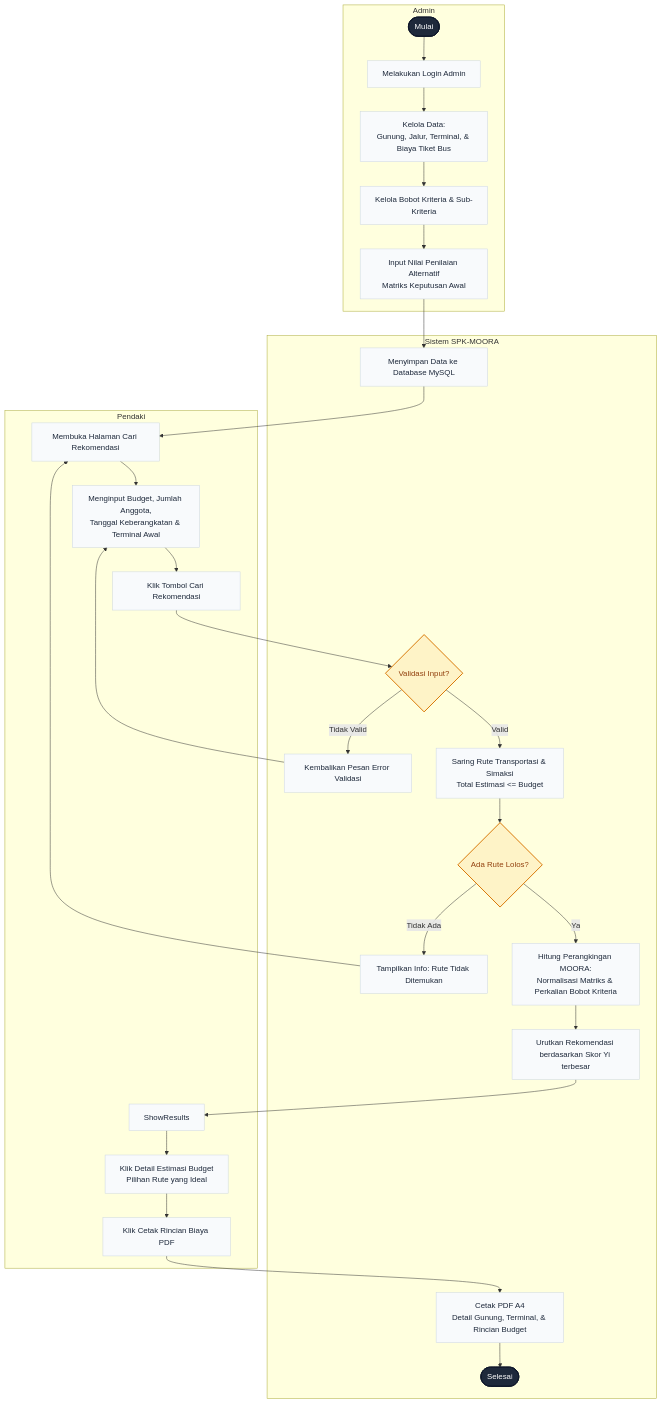
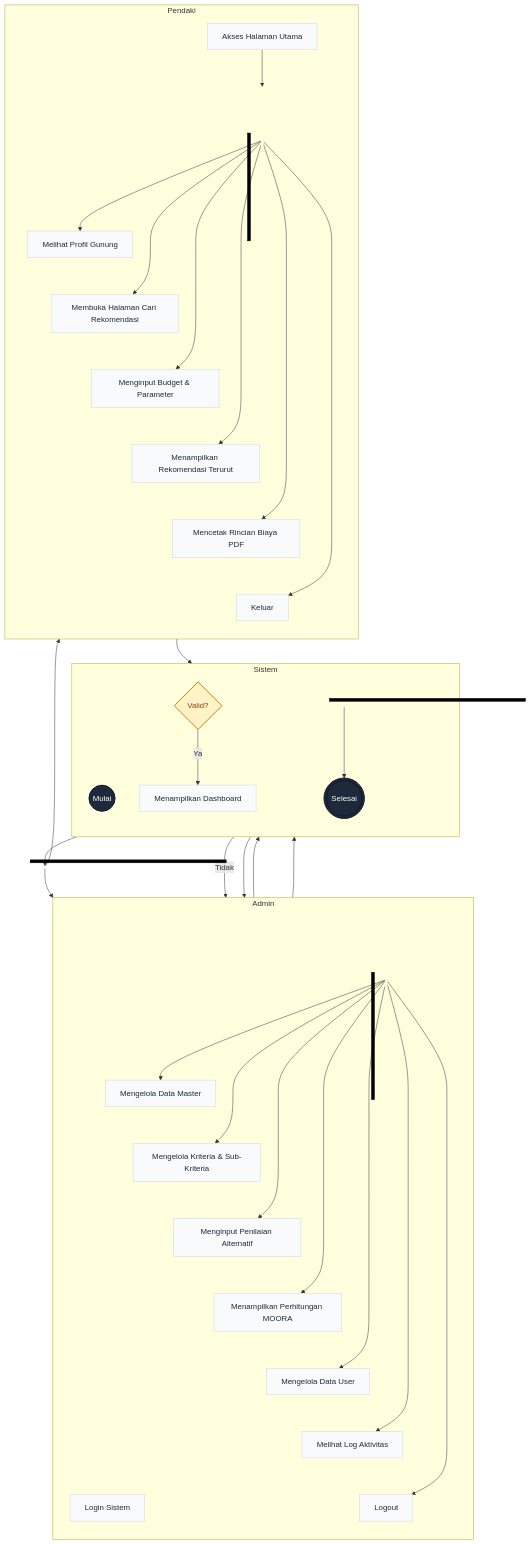
One commit to adityasatyalaksana/SPK-MOORA-BACKUP changed the first of 15 diagrams in activity_diagrams/activity_diagrams.md. Above: the diagram before and after it, drawn with Mermaid. The commit also changed other lines of this file and 2 other files, not shown here.

Commit message:
update: activity diagrams and combined image

````diff
--- a/activity_diagrams/activity_diagrams.md
+++ b/activity_diagrams/activity_diagrams.md
@@ -18,48 +18,115 @@
 ```mermaid
-graph TD
-    subgraph AktorPendaki [Pendaki]
-        OpenWeb[Membuka Halaman Cari Rekomendasi] --> InputForm[Menginput Budget, Jumlah Anggota,<br>Tanggal Keberangkatan & Terminal Awal]
-        InputForm --> ClickSearch[Klik Tombol Cari Rekomendasi]
-        ShowResults --> SelectRoute[Klik Detail Estimasi Budget<br>Pilihan Rute yang Ideal]
-        SelectRoute --> ClickPrint[Klik Cetak Rincian Biaya PDF]
+flowchart TD
+    %% Define subgraphs in order (Left, Middle, Right)
+    subgraph KolomAdmin [Admin]
+        direction TB
+        LoginAdmin[Login Sistem]
+        
+        %% Vertical fork bar for Admin
+        ForkAdmin[" "]
+        
+        ManageMaster[Mengelola Data Master]
+        ManageCriteria[Mengelola Kriteria & Sub-Kriteria]
+        InputPenilaian[Menginput Penilaian Alternatif]
+        ViewCalculation[Menampilkan Perhitungan MOORA]
+        ManageUsers[Mengelola Data User]
+        ViewLogs[Melihat Log Aktivitas]
+        LogoutAdmin[Logout]
+        
+        %% Force vertical stack alignment in Admin column
+        ManageMaster ~~~ ManageCriteria ~~~ InputPenilaian ~~~ ViewCalculation ~~~ ManageUsers ~~~ ViewLogs ~~~ LogoutAdmin
     end
 
-    subgraph SistemWeb [Sistem SPK-MOORA]
-        ClickSearch --> Validate{Validasi Input?}
-        Validate -- Tidak Valid --> ShowError[Kembalikan Pesan Error Validasi]
-        Validate -- Valid --> FilterBudget[Saring Rute Transportasi & Simaksi<br>Total Estimasi <= Budget]
+    subgraph KolomSistem [Sistem]
+        direction TB
+        StartNode((Mulai))
+        ValidateLogin{Valid?}
+        ShowDashboard[Menampilkan Dashboard]
         
-        FilterBudget --> CheckRoutes{Ada Rute Lolos?}
-        CheckRoutes -- Tidak Ada --> ShowEmpty[Tampilkan Info: Rute Tidak Ditemukan]
-        
-        CheckRoutes -- Ya --> CalculateMOORA[Hitung Perangkingan MOORA:<br>Normalisasi Matriks & Perkalian Bobot Kriteria]
-        
-        CalculateMOORA --> SortResults[Urutkan Rekomendasi berdasarkan Skor Yi terbesar]
-        SortResults --> ShowResults
-        
-        ClickPrint --> PrintWindow[Cetak PDF A4<br>Detail Gunung, Terminal, & Rincian Budget]
-        PrintWindow --> EndSystem([Selesai])
-        
-        SaveDB[Menyimpan Data ke Database MySQL] --> OpenWeb
+        JoinEnd["   "]
+        EndNode(((Selesai)))
     end
 
-    subgraph AktorAdmin [Admin]
-        StartAdmin([Mulai]) --> LoginAdmin[Melakukan Login Admin]
-        LoginAdmin --> ManageData[Kelola Data:<br>Gunung, Jalur, Terminal, & Biaya Tiket Bus]
-        ManageData --> ManageCriteria[Kelola Bobot Kriteria & Sub-Kriteria]
-        ManageCriteria --> InputRatings[Input Nilai Penilaian Alternatif<br>Matriks Keputusan Awal]
-        InputRatings --> SaveDB
+    subgraph KolomPendaki [Pendaki]
+        direction TB
+        AksesWeb[Akses Halaman Utama]
+        
+        %% Vertical fork bar for Pendaki
+        ForkPendaki[" "]
+        
+        ViewProfile[Melihat Profil Gunung]
+        SearchRecommendation[Membuka Halaman Cari Rekomendasi]
+        InputBudget[Menginput Budget & Parameter]
+        ViewResults[Menampilkan Rekomendasi Terurut]
+        PrintPDF[Mencetak Rincian Biaya PDF]
+        ExitPendaki[Keluar]
+        
+        %% Force vertical stack alignment in Pendaki column
+        ViewProfile ~~~ SearchRecommendation ~~~ InputBudget ~~~ ViewResults ~~~ PrintPDF ~~~ ExitPendaki
     end
 
-    ShowError --> InputForm
-    ShowEmpty --> OpenWeb
+    %% Styles for vertical fork/join bars
+    style ForkAdmin fill:#000,stroke:#000,stroke-width:1px,width:6px,height:260px
+    style ForkPendaki fill:#000,stroke:#000,stroke-width:1px,width:6px,height:220px
+    style JoinEnd fill:#000,stroke:#000,stroke-width:1px,color:#fff,height:6px,width:400px
 
-    %% Styles
+    %% Top Fork Bar
+    ForkStart["   "]
+    style ForkStart fill:#000,stroke:#000,stroke-width:1px,color:#fff,height:6px,width:400px
+
+    %% Flow connections
+    StartNode --> ForkStart
+    
+    ForkStart --> LoginAdmin
+    ForkStart --> AksesWeb
+
+    %% Admin Flow
+    LoginAdmin --> ValidateLogin
+    ValidateLogin -- Tidak --> LoginAdmin
+    ValidateLogin -- Ya --> ShowDashboard
+    
+    ShowDashboard --> ForkAdmin
+    
+    ForkAdmin --> ManageMaster
+    ForkAdmin --> ManageCriteria
+    ForkAdmin --> InputPenilaian
+    ForkAdmin --> ViewCalculation
+    ForkAdmin --> ManageUsers
+    ForkAdmin --> ViewLogs
+    ForkAdmin --> LogoutAdmin
+    
+    LogoutAdmin --> JoinEnd
+
+    %% Pendaki Flow
+    AksesWeb --> ForkPendaki
+    
+    ForkPendaki --> ViewProfile
+    ForkPendaki --> SearchRecommendation
+    ForkPendaki --> InputBudget
+    ForkPendaki --> ViewResults
+    ForkPendaki --> PrintPDF
+    ForkPendaki --> ExitPendaki
+    
+    ExitPendaki --> JoinEnd
+
+    JoinEnd --> EndNode
+
+    %% Invisible alignment links to force side-by-side columns and row ranking
+    LoginAdmin ~~~ StartNode
+    StartNode ~~~ AksesWeb
+    
+    ForkAdmin ~~~ ShowDashboard
+    ShowDashboard ~~~ ForkPendaki
+    
+    LogoutAdmin ~~~ JoinEnd
+    JoinEnd ~~~ ExitPendaki
+
+    %% Styling classes
     classDef startEnd fill:#1e293b,stroke:#0f172a,stroke-width:2px,color:#fff;
     classDef process fill:#f8fafc,stroke:#cbd5e1,stroke-width:1px,color:#1e293b;
     classDef decision fill:#fef3c7,stroke:#d97706,stroke-width:2px,color:#92400e;
     
-    class StartAdmin,EndSystem startEnd;
-    class OpenWeb,InputForm,ClickSearch,ShowError,FilterBudget,ShowEmpty,CalculateMOORA,SortResults,ShowResults,SelectRoute,ClickPrint,PrintWindow,LoginAdmin,ManageData,ManageCriteria,InputRatings,SaveDB process;
-    class Validate,CheckRoutes decision;
+    class StartNode,EndNode startEnd;
+    class LoginAdmin,ShowDashboard,ManageMaster,ManageCriteria,InputPenilaian,ViewCalculation,ManageUsers,ViewLogs,LogoutAdmin,AksesWeb,ViewProfile,SearchRecommendation,InputBudget,ViewResults,PrintPDF,ExitPendaki process;
+    class ValidateLogin decision;
 ```
````
